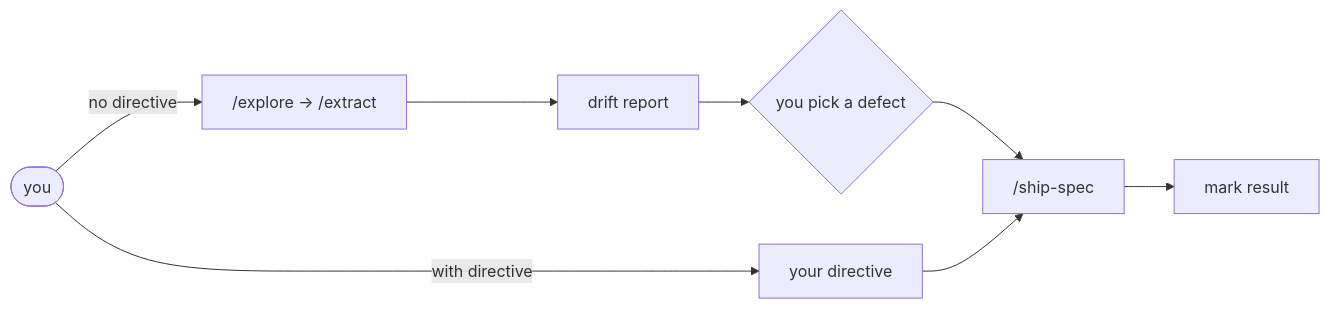
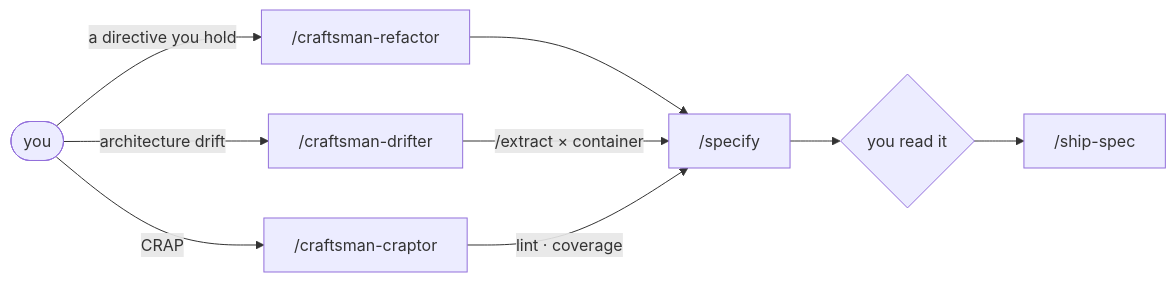
One commit to AIDDbot/AIDDbot changed the fourth of 4 diagrams in docs/AIDD.workflow.md. Above: the diagram before and after it, drawn with Mermaid. The commit also changed other lines of this file and 15 other files, not shown here.

````diff
--- a/docs/AIDD.workflow.md
+++ b/docs/AIDD.workflow.md
@@ -93,11 +109,12 @@
 ```mermaid
 flowchart LR
   YOU([you])
-  YOU -->|no directive| MAP["/explore → /extract"]
-  MAP --> RPT[drift report]
-  RPT --> PICK{you pick a defect}
-  YOU -->|with directive| DIR[your directive]
-  PICK --> SHIP["/ship-spec"]
-  DIR --> SHIP
-  SHIP --> MARK[mark result]
+  YOU -->|a directive you hold| REF["/craftsman-refactor"]
+  YOU -->|architecture drift| DFT["/craftsman-drifter"]
+  YOU -->|CRAP| CRP["/craftsman-craptor"]
+  REF --> SPEC["/specify"]
+  DFT -->|/extract × container| SPEC
+  CRP -->|lint · coverage| SPEC
+  SPEC --> CHK{you read it}
+  CHK --> SHIP["/ship-spec"]
 ```
````
